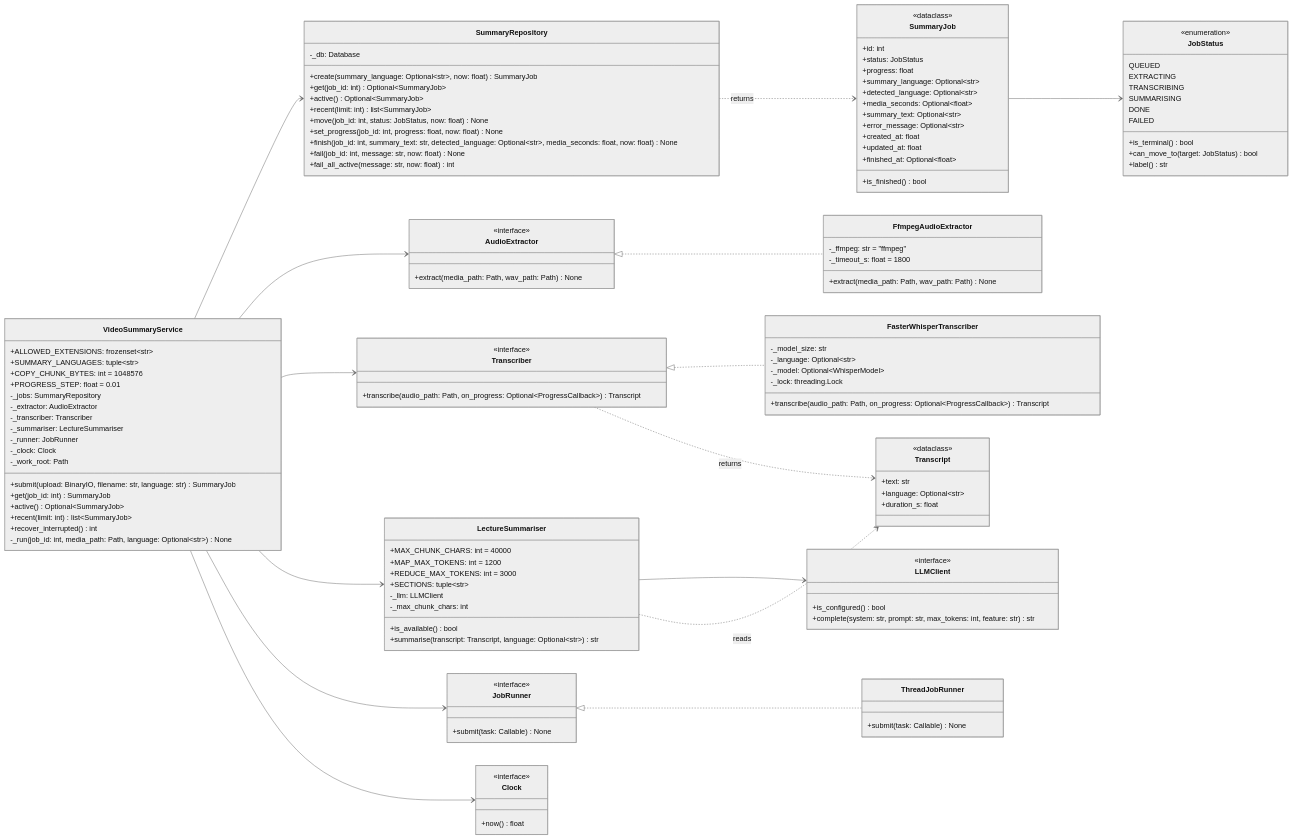
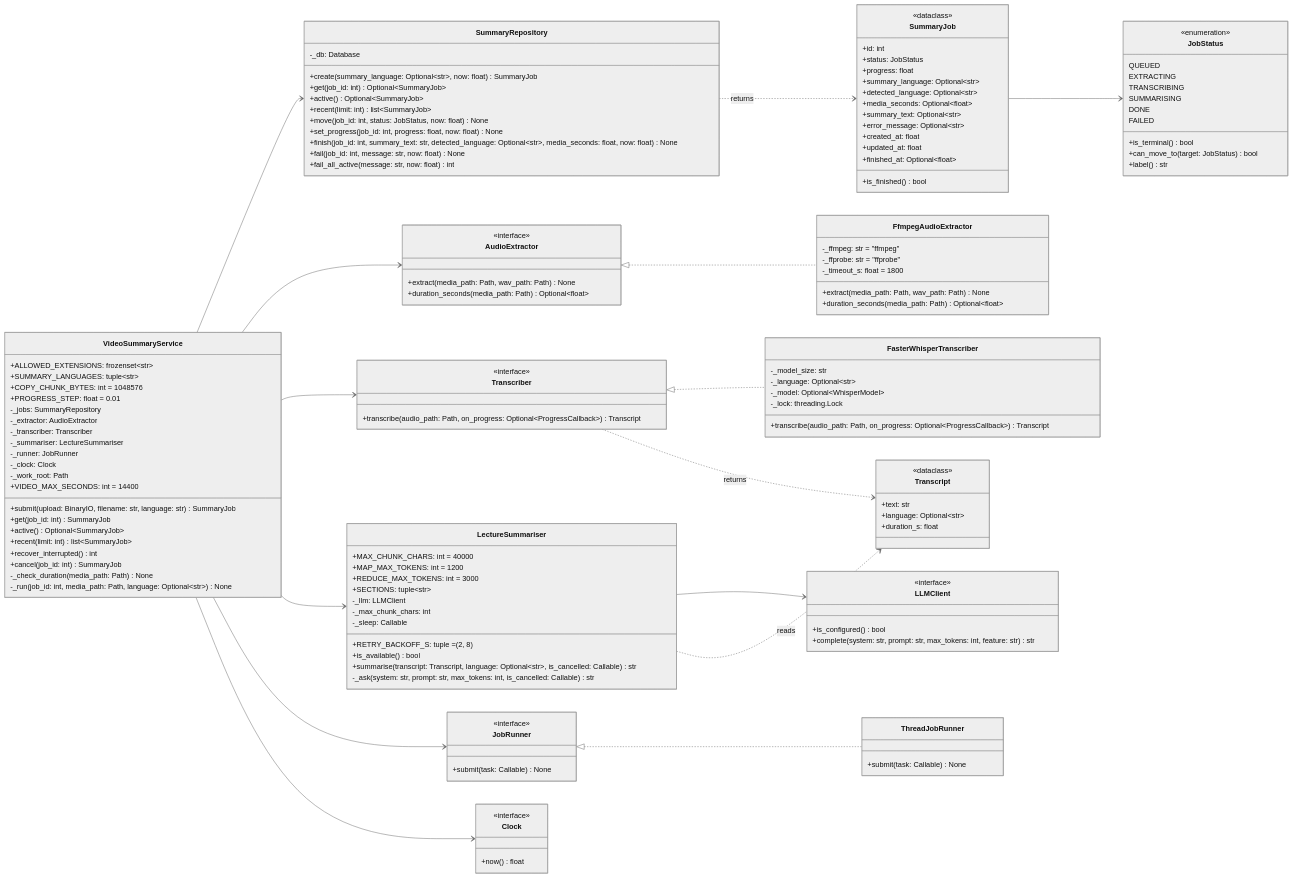
One commit to ronsarfati/EX2-Teaching-Tool changed the seventh of 21 diagrams in docs/design.md. Above: the diagram before and after it, drawn with Mermaid (neutral theme). The commit also changed other lines of this file and 14 other files, not shown here.

Commit message:
feat: F4 duration cap and cancel, LLM retries, export date and time (D36)

```diff
--- a/docs/design.md
+++ b/docs/design.md
@@ -765,6 +765,9 @@
     +active() Optional~SummaryJob~
     +recent(limit: int) list~SummaryJob~
     +recover_interrupted() int
+    +cancel(job_id: int) SummaryJob
+    +VIDEO_MAX_SECONDS: int = 14400
+    -_check_duration(media_path: Path) None
     -_run(job_id: int, media_path: Path, language: Optional~str~) None
   }
   class LectureSummariser {
@@ -774,8 +777,11 @@
     +SECTIONS: tuple~str~
     -_llm: LLMClient
     -_max_chunk_chars: int
+    -_sleep: Callable
+    +RETRY_BACKOFF_S: tuple = (2, 8)
     +is_available() bool
-    +summarise(transcript: Transcript, language: Optional~str~) str
+    +summarise(transcript: Transcript, language: Optional~str~, is_cancelled: Callable) str
+    -_ask(system: str, prompt: str, max_tokens: int, is_cancelled: Callable) str
   }
   class SummaryRepository {
     -_db: Database
@@ -836,11 +842,14 @@
   class AudioExtractor {
     <<interface>>
     +extract(media_path: Path, wav_path: Path) None
+    +duration_seconds(media_path: Path) Optional~float~
   }
   class FfmpegAudioExtractor {
     -_ffmpeg: str = "ffmpeg"
+    -_ffprobe: str = "ffprobe"
     -_timeout_s: float = 1800
     +extract(media_path: Path, wav_path: Path) None
+    +duration_seconds(media_path: Path) Optional~float~
   }
   class JobRunner {
     <<interface>>
```
